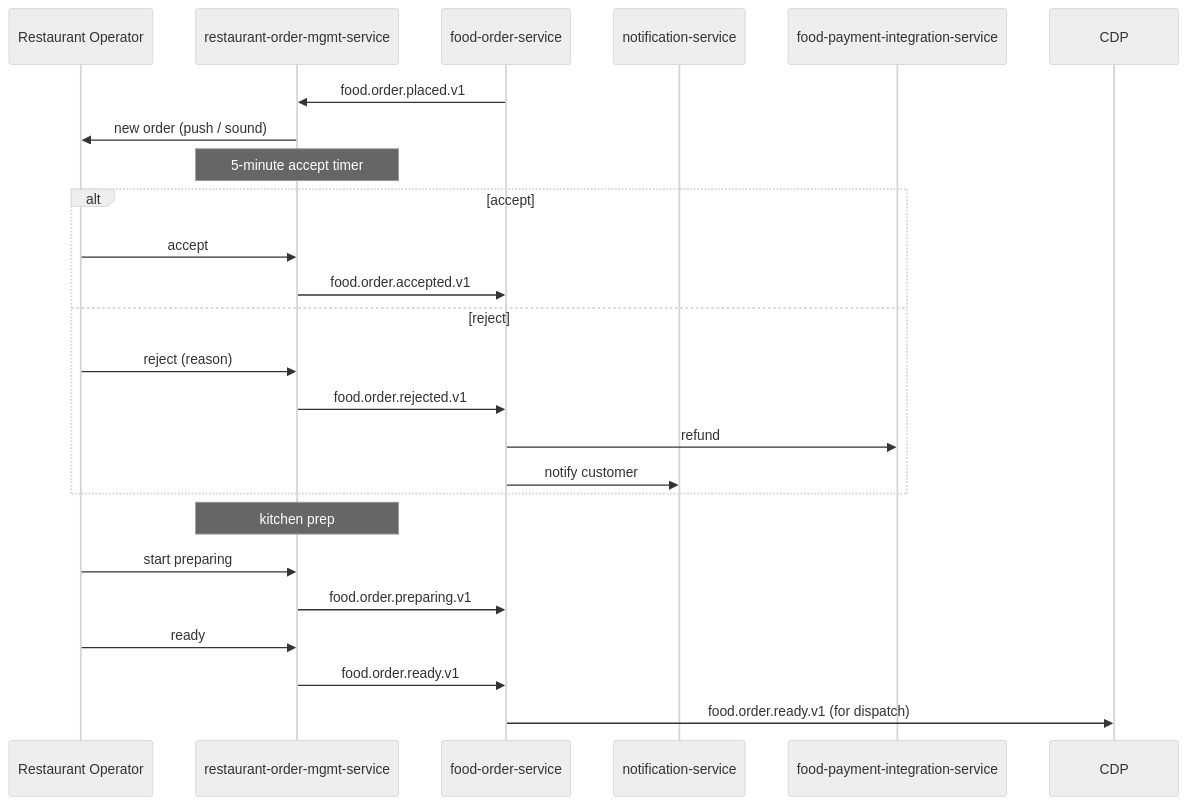
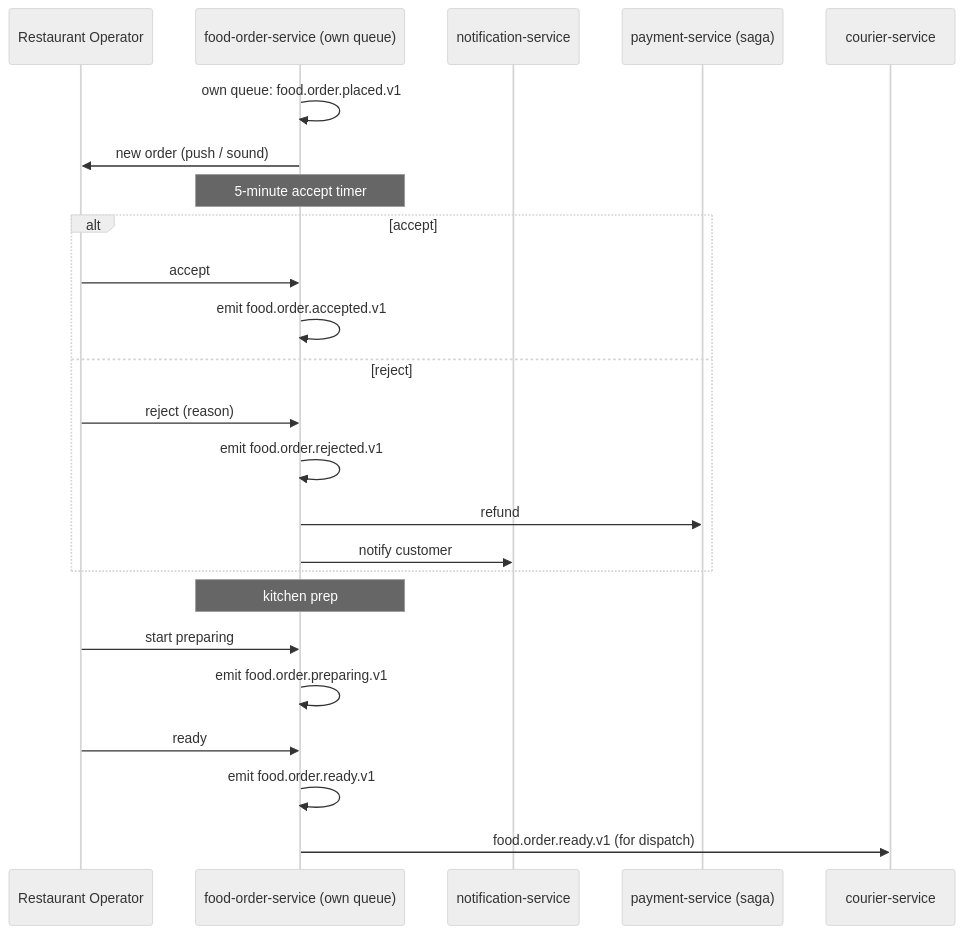
Before and after one commit to mohamedhabibwork/trips-enjoy-docs: the sixth of 10 diagrams in docs/workflows/MERCHANT_WORKFLOWS.md, drawn with Mermaid (neutral theme). The commit also changed other lines of this file and 525 other files, not shown here.

````diff
--- a/docs/workflows/MERCHANT_WORKFLOWS.md
+++ b/docs/workflows/MERCHANT_WORKFLOWS.md
@@ -144,27 +141,27 @@
 ```mermaid
 sequenceDiagram
     participant OP as Restaurant Operator
-    participant ROM as restaurant-order-mgmt-service
-    participant FOR as food-order-service
+    participant FOR as food-order-service (own queue)
     participant NOT as notification-service
-    participant FPI as food-payment-integration-service
+    participant PAY as payment-service (saga)
+    participant COS as courier-service
 
-    FOR->>ROM: food.order.placed.v1
-    ROM->>OP: new order (push / sound)
-    Note over ROM: 5-minute accept timer
+    FOR->>FOR: own queue: food.order.placed.v1
+    FOR->>OP: new order (push / sound)
+    Note over FOR: 5-minute accept timer
     alt accept
-        OP->>ROM: accept
-        ROM->>FOR: food.order.accepted.v1
+        OP->>FOR: accept
+        FOR->>FOR: emit food.order.accepted.v1
     else reject
-        OP->>ROM: reject (reason)
-        ROM->>FOR: food.order.rejected.v1
-        FOR->>FPI: refund
+        OP->>FOR: reject (reason)
+        FOR->>FOR: emit food.order.rejected.v1
+        FOR->>PAY: refund
         FOR->>NOT: notify customer
     end
-    Note over ROM: kitchen prep
-    OP->>ROM: start preparing
-    ROM->>FOR: food.order.preparing.v1
-    OP->>ROM: ready
-    ROM->>FOR: food.order.ready.v1
-    FOR->>CDP: food.order.ready.v1 (for dispatch)
+    Note over FOR: kitchen prep
+    OP->>FOR: start preparing
+    FOR->>FOR: emit food.order.preparing.v1
+    OP->>FOR: ready
+    FOR->>FOR: emit food.order.ready.v1
+    FOR->>COS: food.order.ready.v1 (for dispatch)
 ```
````
